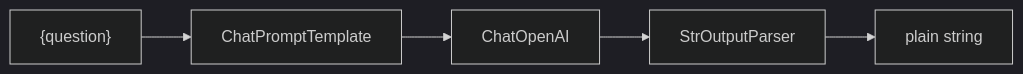
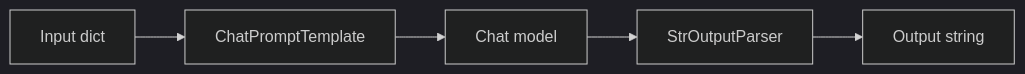
Before and after one commit to Sourav692/AI-ENGINEERING-DEMYSTIFIED: the first of 7 diagrams in tutorials/01_langchain_foundations_INTERVIEW_TUTORIAL.md, drawn with Mermaid (dark theme). The commit also changed other lines of this file and 13 other files, not shown here.

````diff
--- a/tutorials/01_langchain_foundations_INTERVIEW_TUTORIAL.md
+++ b/tutorials/01_langchain_foundations_INTERVIEW_TUTORIAL.md
@@ -26,7 +136,7 @@
 ```mermaid
 flowchart LR
-  A["{question}"] --> B["ChatPromptTemplate"]
-  B --> C["ChatOpenAI"]
-  C --> D["StrOutputParser"]
-  D --> E["plain string"]
+    A["Input dict"] --> B["ChatPromptTemplate"]
+    B --> C["Chat model"]
+    C --> D["StrOutputParser"]
+    D --> E["Output string"]
 ```
````
